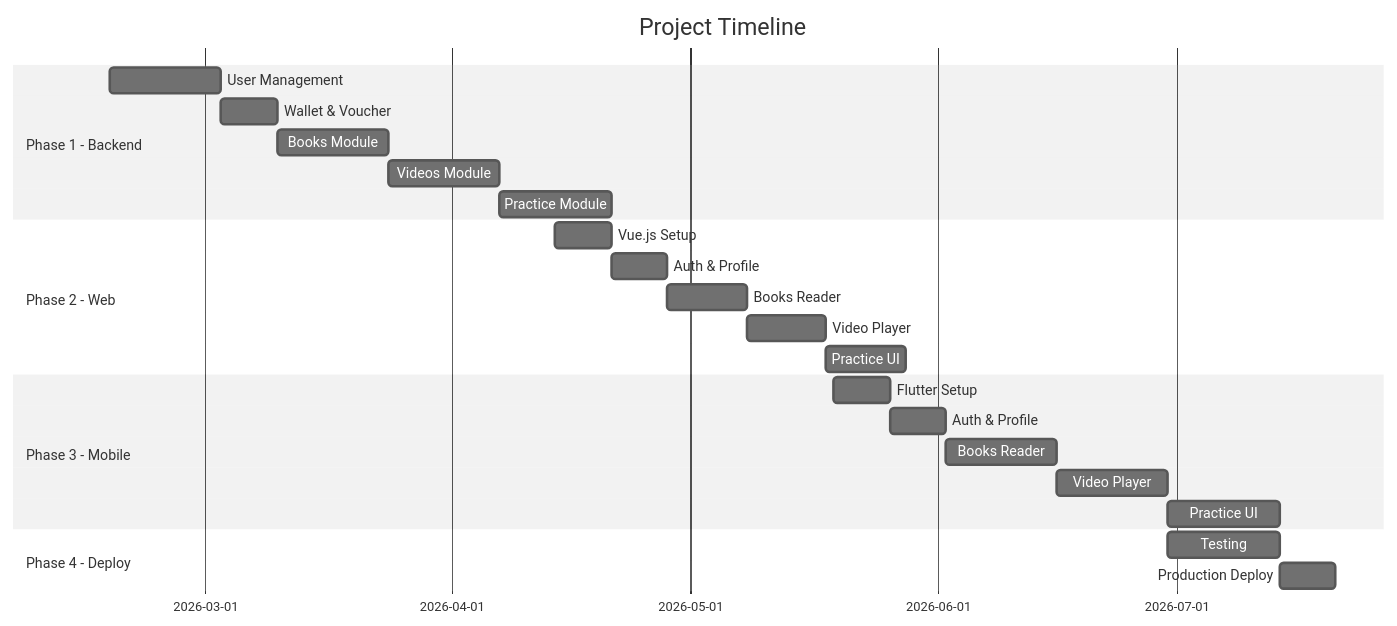
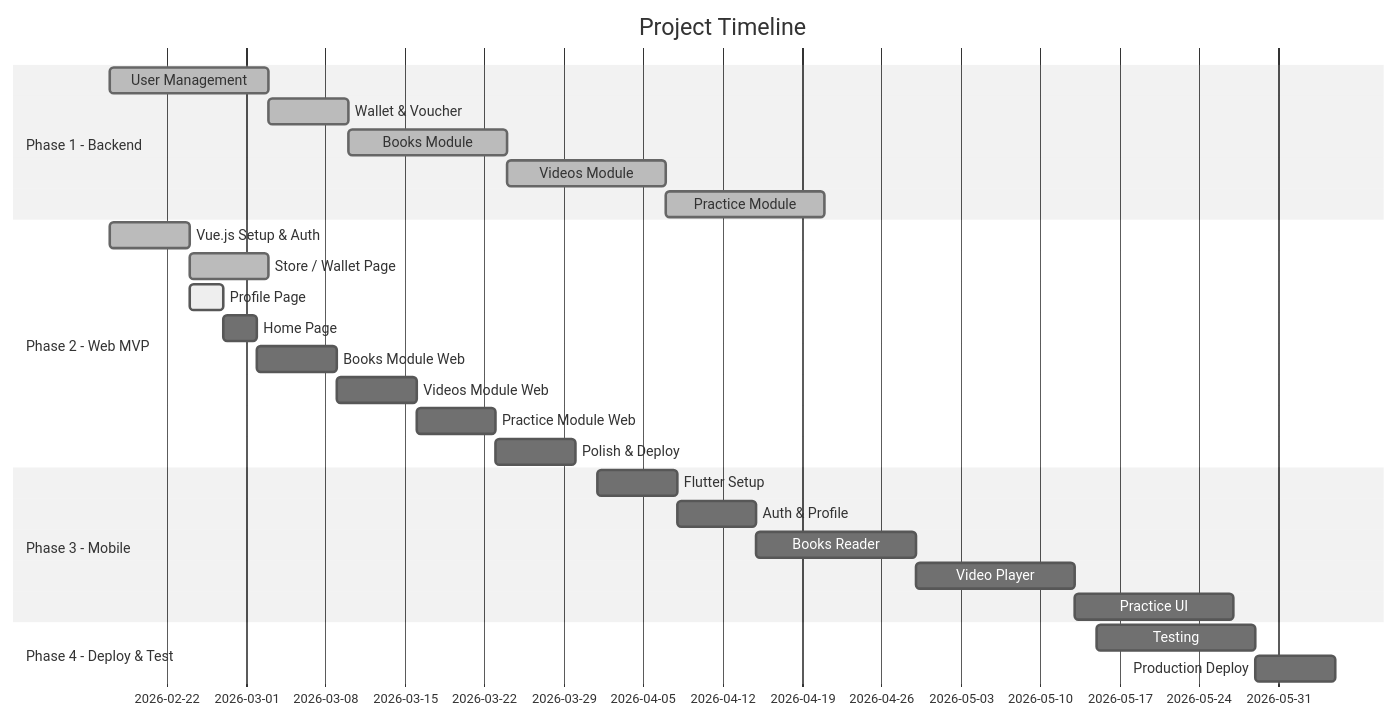
Before and after one commit to HongPhuc89/fengshui-trainer: the diagram in md/TASKS.md, drawn with Mermaid (neutral theme). The commit also changed other lines of this file and 11 other files, not shown here.

````diff
--- a/md/TASKS.md
+++ b/md/TASKS.md
@@ -25,26 +51,29 @@
 ```mermaid
 gantt
     title Project Timeline
     dateFormat YYYY-MM-DD
     section Phase 1 - Backend
-    User Management       :2026-02-17, 14d
-    Wallet & Voucher      :7d
-    Books Module         :14d
-    Videos Module        :14d
-    Practice Module      :14d
-    section Phase 2 - Web
-    Vue.js Setup         :2026-04-14, 7d
-    Auth & Profile       :7d
-    Books Reader         :10d
-    Video Player         :10d
-    Practice UI          :10d
+    User Management       :done, 2026-02-17, 14d
+    Wallet & Voucher      :done, 7d
+    Books Module         :done, 14d
+    Videos Module        :done, 14d
+    Practice Module      :done, 14d
+    section Phase 2 - Web MVP
+    Vue.js Setup & Auth   :done, 2026-02-17, 7d
+    Store / Wallet Page   :done, 7d
+    Profile Page          :active, 2026-02-24, 3d
+    Home Page             :2026-02-27, 3d
+    Books Module Web      :2026-03-02, 7d
+    Videos Module Web     :2026-03-09, 7d
+    Practice Module Web   :2026-03-16, 7d
+    Polish & Deploy       :2026-03-23, 7d
     section Phase 3 - Mobile
-    Flutter Setup        :2026-05-19, 7d
+    Flutter Setup        :2026-04-01, 7d
     Auth & Profile       :7d
     Books Reader         :14d
     Video Player         :14d
     Practice UI          :14d
-    section Phase 4 - Deploy
-    Testing              :2026-06-30, 14d
+    section Phase 4 - Deploy & Test
+    Testing              :2026-05-15, 14d
     Production Deploy    :7d
 ```
````
